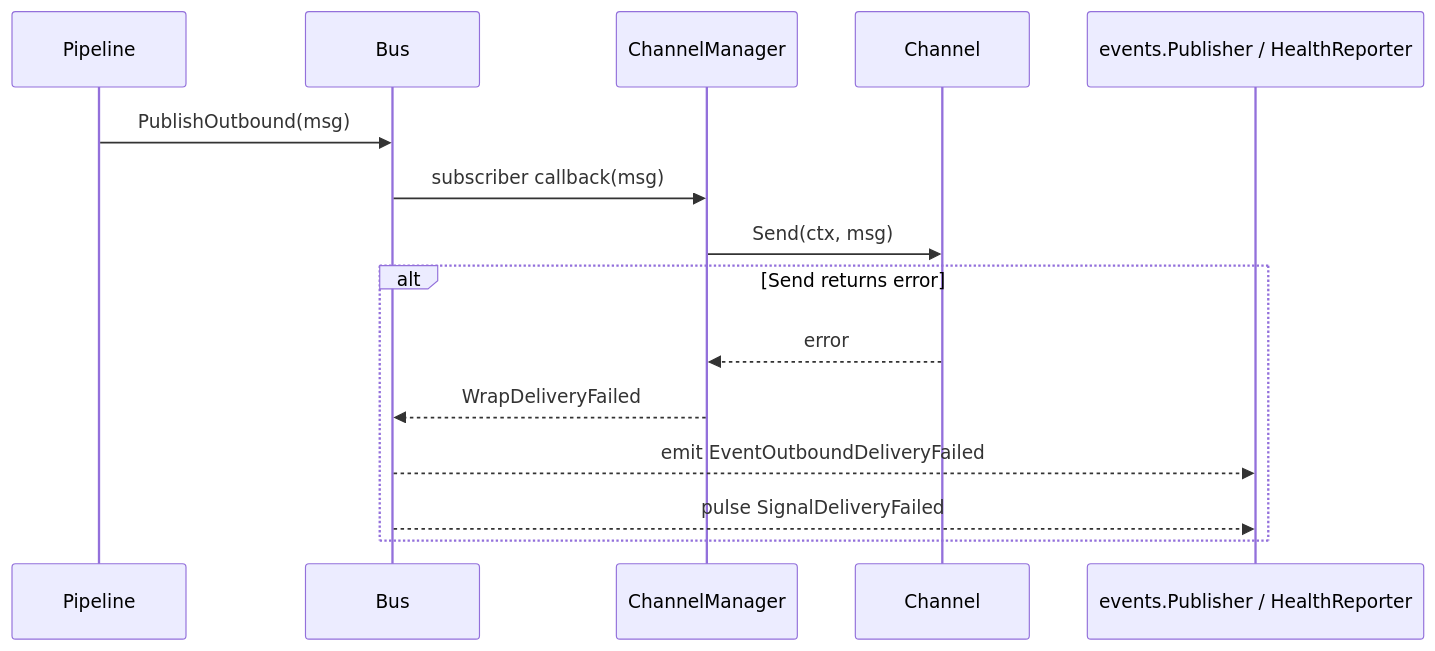
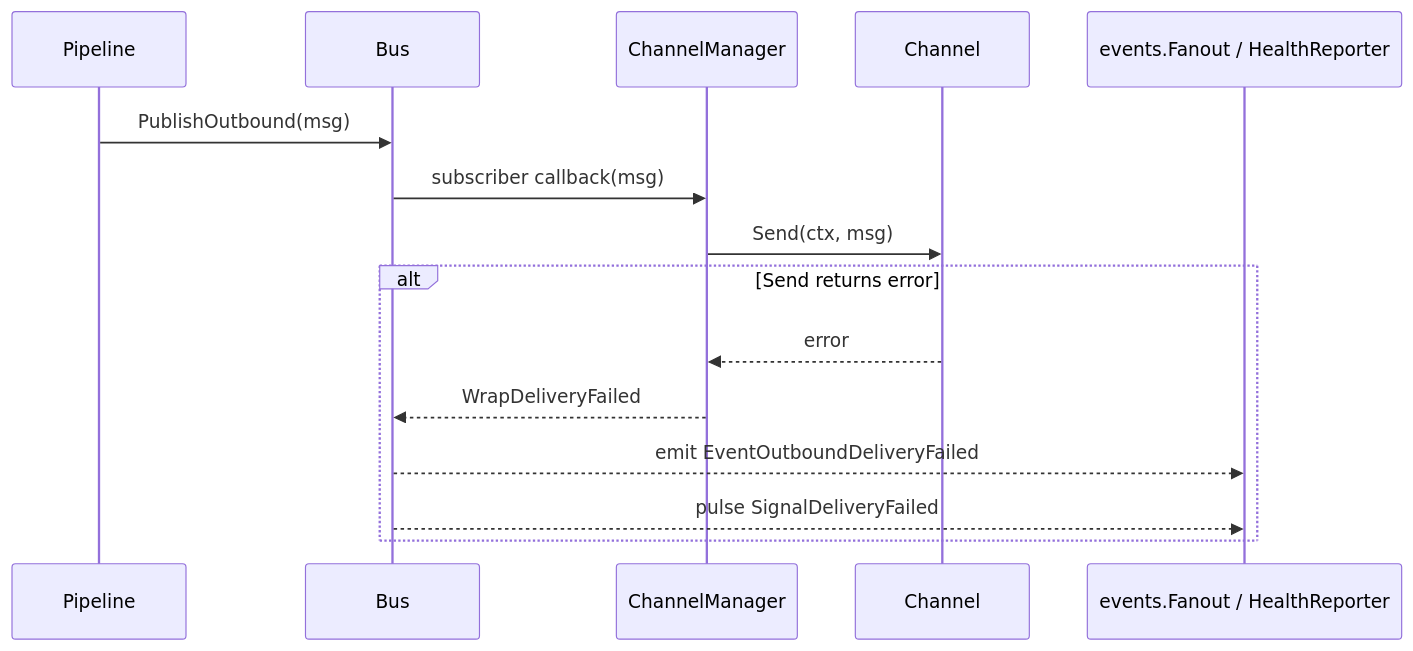
One commit to ageneralai/maven changed the diagram in docs/channels/index.md. Above: the diagram before and after it, drawn with Mermaid. The commit also changed 1 other file, not shown here.

Commit message:
docs(channels): update participant name in sequence diagram for accuracy
- Changed the participant label from `events.Publisher` to `events.Fanout` in the sequence diagram to accurately reflect the event handling mechanism.
- Updated documentation in `index.md` to ensure clarity and correctness in the representation of the event flow.

````diff
--- a/docs/channels/index.md
+++ b/docs/channels/index.md
@@ -45,17 +45,17 @@
 ```mermaid
 sequenceDiagram
     participant Pipeline
     participant Bus
     participant ChMgr as ChannelManager
     participant Channel
-    participant Obs as events.Publisher / HealthReporter
+    participant Obs as events.Fanout / HealthReporter
     Pipeline->>Bus: PublishOutbound(msg)
     Bus->>ChMgr: subscriber callback(msg)
     ChMgr->>Channel: Send(ctx, msg)
     alt Send returns error
         Channel-->>ChMgr: error
         ChMgr-->>Bus: WrapDeliveryFailed
         Bus-->>Obs: emit EventOutboundDeliveryFailed
         Bus-->>Obs: pulse SignalDeliveryFailed
     end
 ```
````
